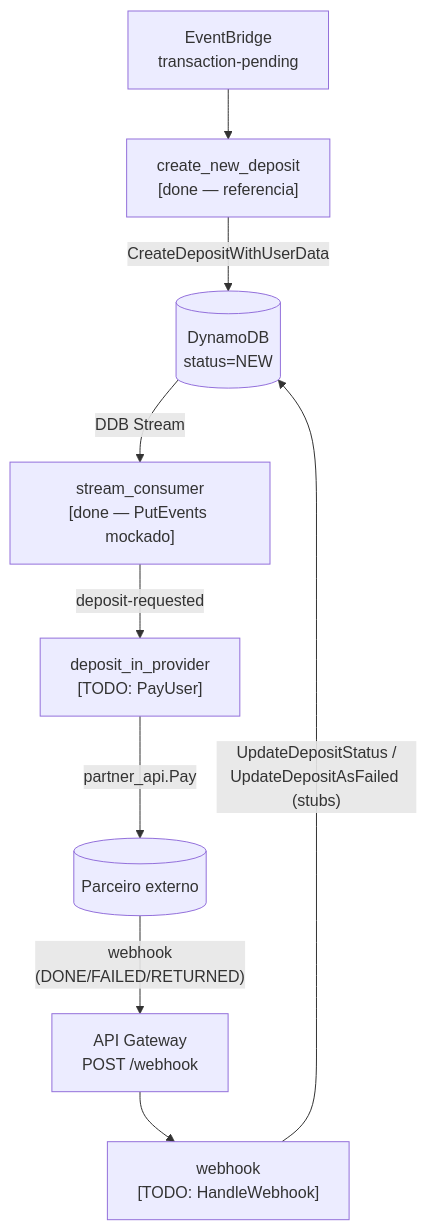
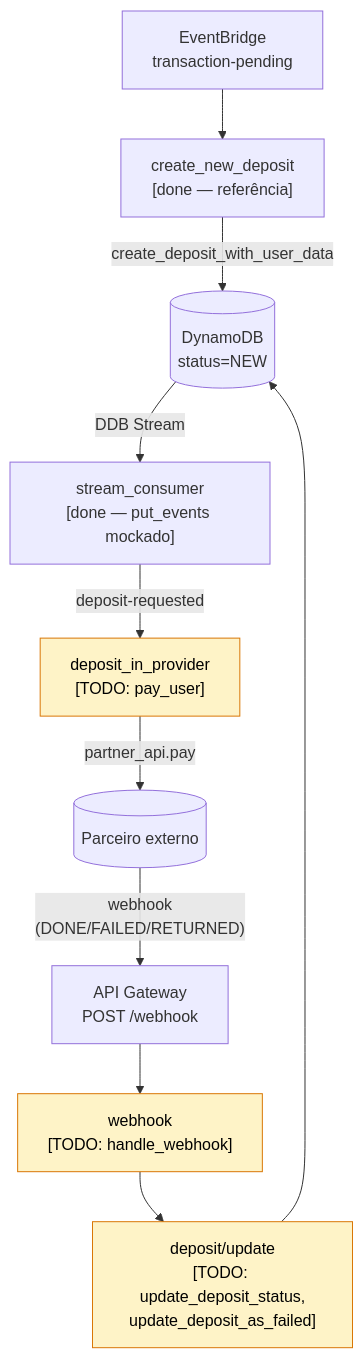
Before and after one commit to FacioCode/interview-mock-deposits: the diagram in DESAFIO.md, drawn with Mermaid. The commit also changed other lines of this file and 2 other files, not shown here.

````diff
--- a/DESAFIO.md
+++ b/DESAFIO.md
@@ -31,11 +40,15 @@
 ```mermaid
 flowchart TD
-    src["EventBridge<br/>transaction-pending"] --> cnd["create_new_deposit<br/>[done — referencia]"]
-    cnd -->|"CreateDepositWithUserData"| ddb[("DynamoDB<br/>status=NEW")]
-    ddb -->|"DDB Stream"| sc["stream_consumer<br/>[done — PutEvents mockado]"]
-    sc -->|"deposit-requested"| dip["deposit_in_provider<br/>[TODO: PayUser]"]
-    dip -->|"partner_api.Pay"| ext[(Parceiro externo)]
+    src["EventBridge<br/>transaction-pending"] --> cnd["create_new_deposit<br/>[done — referência]"]
+    cnd -->|"create_deposit_with_user_data"| ddb[("DynamoDB<br/>status=NEW")]
+    ddb -->|"DDB Stream"| sc["stream_consumer<br/>[done — put_events mockado]"]
+    sc -->|"deposit-requested"| dip["deposit_in_provider<br/>[TODO: pay_user]"]
+    dip -->|"partner_api.pay"| ext[(Parceiro externo)]
     ext -->|"webhook<br/>(DONE/FAILED/RETURNED)"| apigw["API Gateway<br/>POST /webhook"]
-    apigw --> wh["webhook<br/>[TODO: HandleWebhook]"]
-    wh -->|"UpdateDepositStatus /<br/>UpdateDepositAsFailed (stubs)"| ddb
+    apigw --> wh["webhook<br/>[TODO: handle_webhook]"]
+    wh --> upd["deposit/update<br/>[TODO: update_deposit_status,<br/>update_deposit_as_failed]"]
+    upd --> ddb
+
+    classDef todo fill:#fef3c7,stroke:#d97706,color:#000
+    class dip,wh,upd todo
 ```
````
